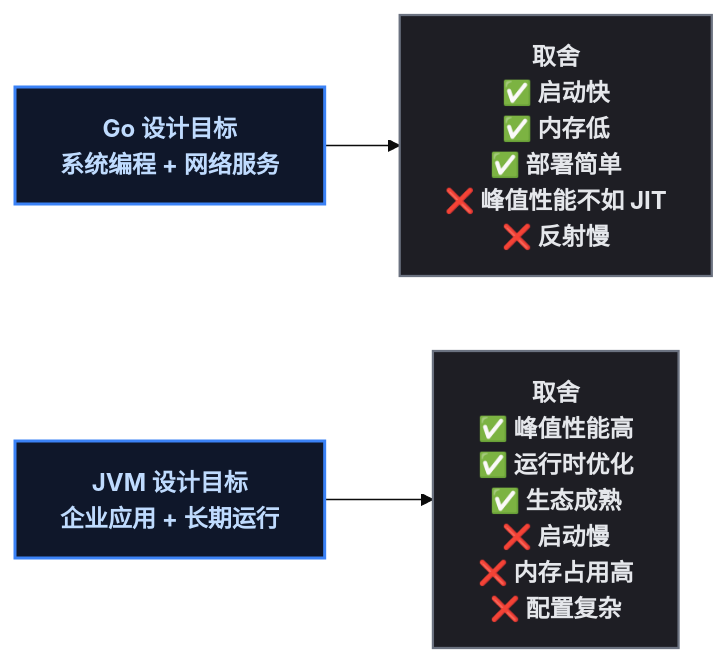
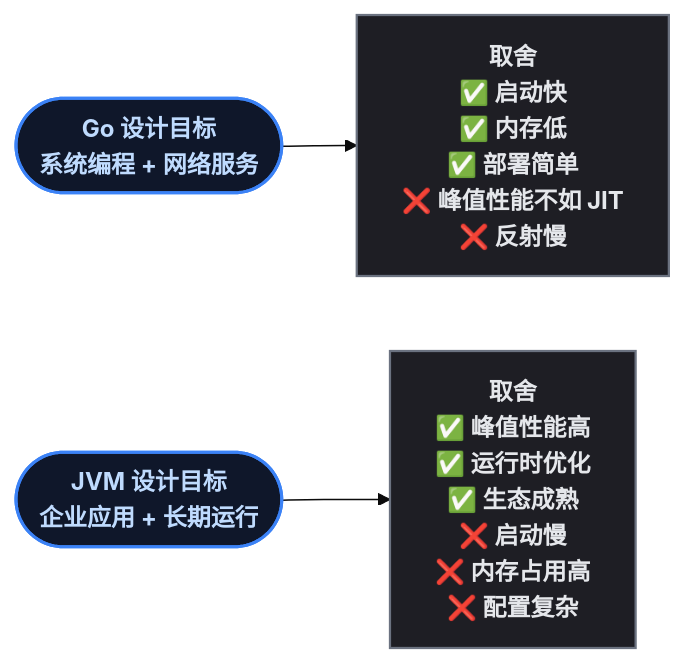
The eighth of 8 diagrams in content/posts/go/GoRuntimeJVM.md (yaocat55/yaocat55.github.io), drawn with Mermaid (base theme) before and after one commit. The commit also changed other lines of this file and 14 other files, not shown here.

````diff
--- a/content/posts/go/GoRuntimeJVM.md
+++ b/content/posts/go/GoRuntimeJVM.md
@@ -419,11 +419,11 @@
 ```mermaid
 flowchart LR
-    GoDesign["Go 设计目标\n系统编程 + 网络服务"] --> GoTrade["取舍\n✅ 启动快\n✅ 内存低\n✅ 部署简单\n❌ 峰值性能不如 JIT\n❌ 反射慢"]
-    JVMDesign["JVM 设计目标\n企业应用 + 长期运行"] --> JVMTrade["取舍\n✅ 峰值性能高\n✅ 运行时优化\n✅ 生态成熟\n❌ 启动慢\n❌ 内存占用高\n❌ 配置复杂"]
+    GoDesign(["Go 设计目标\n系统编程 + 网络服务"]) --> GoTrade["取舍\n✅ 启动快\n✅ 内存低\n✅ 部署简单\n❌ 峰值性能不如 JIT\n❌ 反射慢"]
+    JVMDesign(["JVM 设计目标\n企业应用 + 长期运行"]) --> JVMTrade["取舍\n✅ 峰值性能高\n✅ 运行时优化\n✅ 生态成熟\n❌ 启动慢\n❌ 内存占用高\n❌ 配置复杂"]
 
 classDef root fill:#0f172a,stroke:#3b82f6,stroke-width:2px,color:#bfdbfe,font-weight:bold;
 classDef leaf fill:#1e1e24,stroke:#6b7280,stroke-width:1.5px,color:#e5e7eb;
 
     class GoDesign,JVMDesign root
     class GoTrade,JVMTrade leaf
 ```
````
